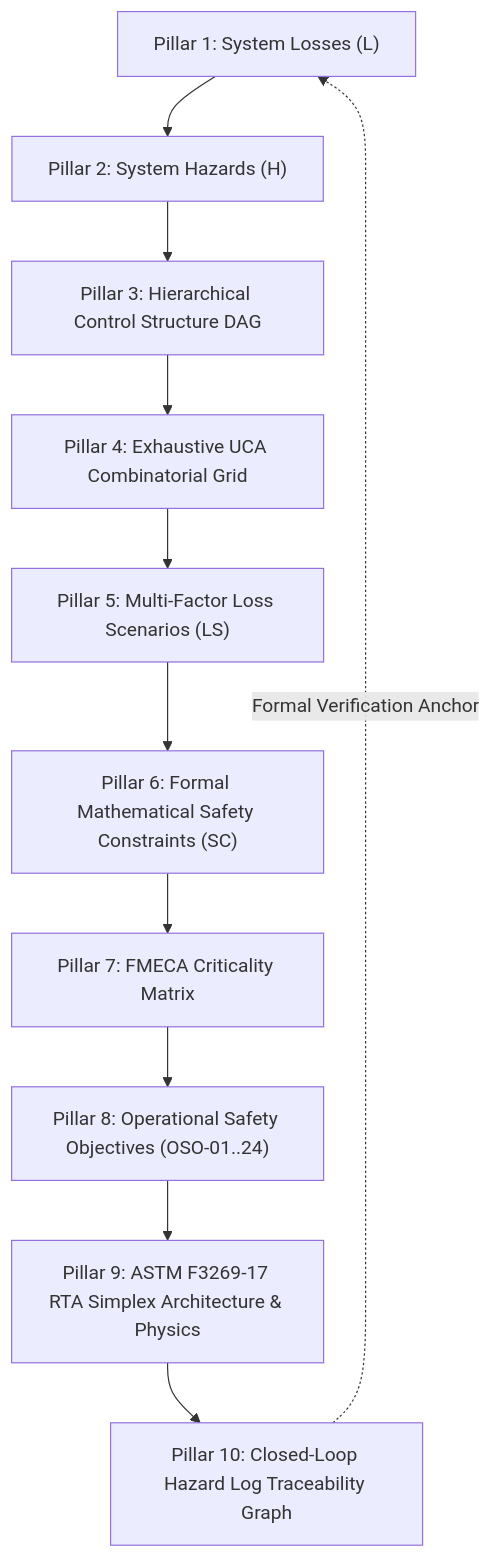
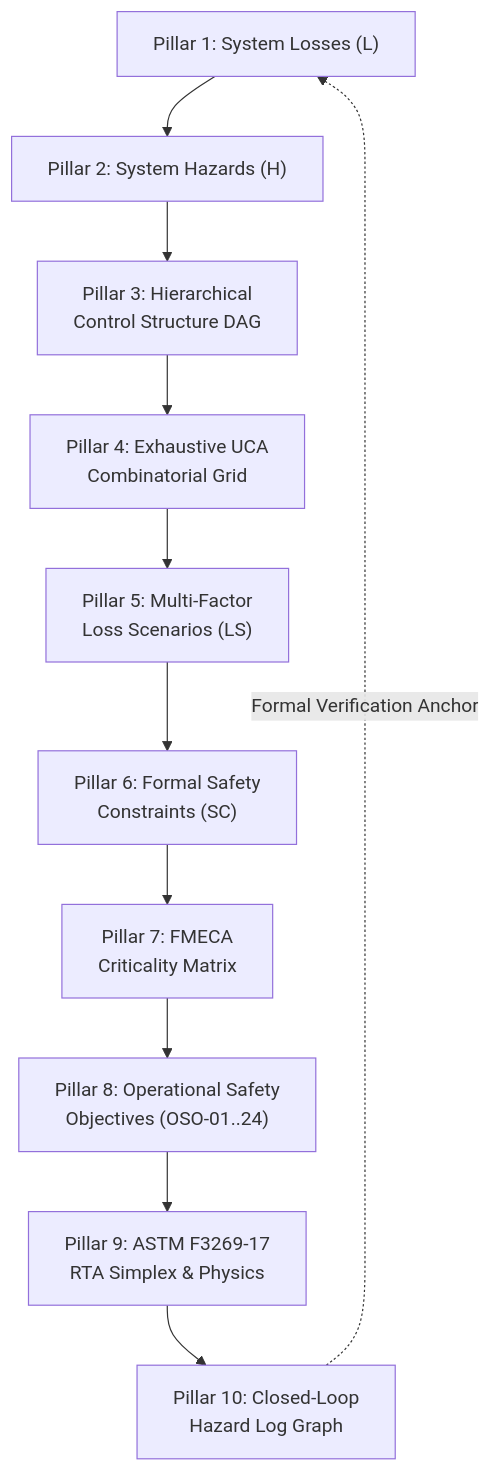
The third of 11 diagrams in docs/architecture/blueprints/DEAP_DETERMINISTIC_SAFETY_SPECIFICATION_COMPILER_BLUEPRINT.md (gintatkinson/DEAP01-spec-core), drawn with Mermaid before and after one commit. The commit also changed other lines of this file and 28 other files, not shown here.

````diff
--- a/docs/architecture/blueprints/DEAP_DETERMINISTIC_SAFETY_SPECIFICATION_COMPILER_BLUEPRINT.md
+++ b/docs/architecture/blueprints/DEAP_DETERMINISTIC_SAFETY_SPECIFICATION_COMPILER_BLUEPRINT.md
@@ -179,14 +181,14 @@
 ```mermaid
 flowchart TD
     P1["Pillar 1: System Losses (L)"] --> P2["Pillar 2: System Hazards (H)"]
-    P2 --> P3["Pillar 3: Hierarchical Control Structure DAG"]
-    P3 --> P4["Pillar 4: Exhaustive UCA Combinatorial Grid"]
-    P4 --> P5["Pillar 5: Multi-Factor Loss Scenarios (LS)"]
-    P5 --> P6["Pillar 6: Formal Mathematical Safety Constraints (SC)"]
-    P6 --> P7["Pillar 7: FMECA Criticality Matrix"]
-    P7 --> P8["Pillar 8: Operational Safety Objectives (OSO-01..24)"]
-    P8 --> P9["Pillar 9: ASTM F3269-17 RTA Simplex Architecture & Physics"]
-    P9 --> P10["Pillar 10: Closed-Loop Hazard Log Traceability Graph"]
+    P2 --> P3["Pillar 3: Hierarchical<br/>Control Structure DAG"]
+    P3 --> P4["Pillar 4: Exhaustive UCA<br/>Combinatorial Grid"]
+    P4 --> P5["Pillar 5: Multi-Factor<br/>Loss Scenarios (LS)"]
+    P5 --> P6["Pillar 6: Formal Safety<br/>Constraints (SC)"]
+    P6 --> P7["Pillar 7: FMECA<br/>Criticality Matrix"]
+    P7 --> P8["Pillar 8: Operational Safety<br/>Objectives (OSO-01..24)"]
+    P8 --> P9["Pillar 9: ASTM F3269-17<br/>RTA Simplex & Physics"]
+    P9 --> P10["Pillar 10: Closed-Loop<br/>Hazard Log Graph"]
 
     P10 -.->|"Formal Verification Anchor"| P1
 ```
````
